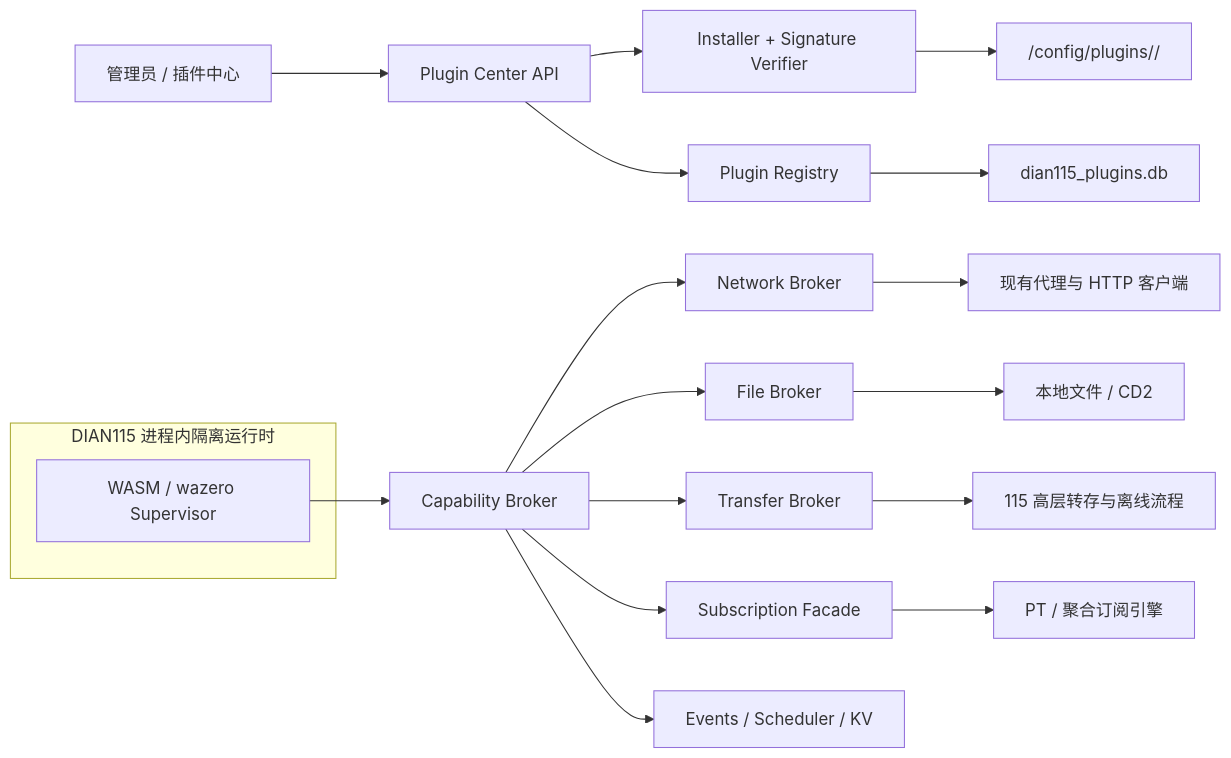
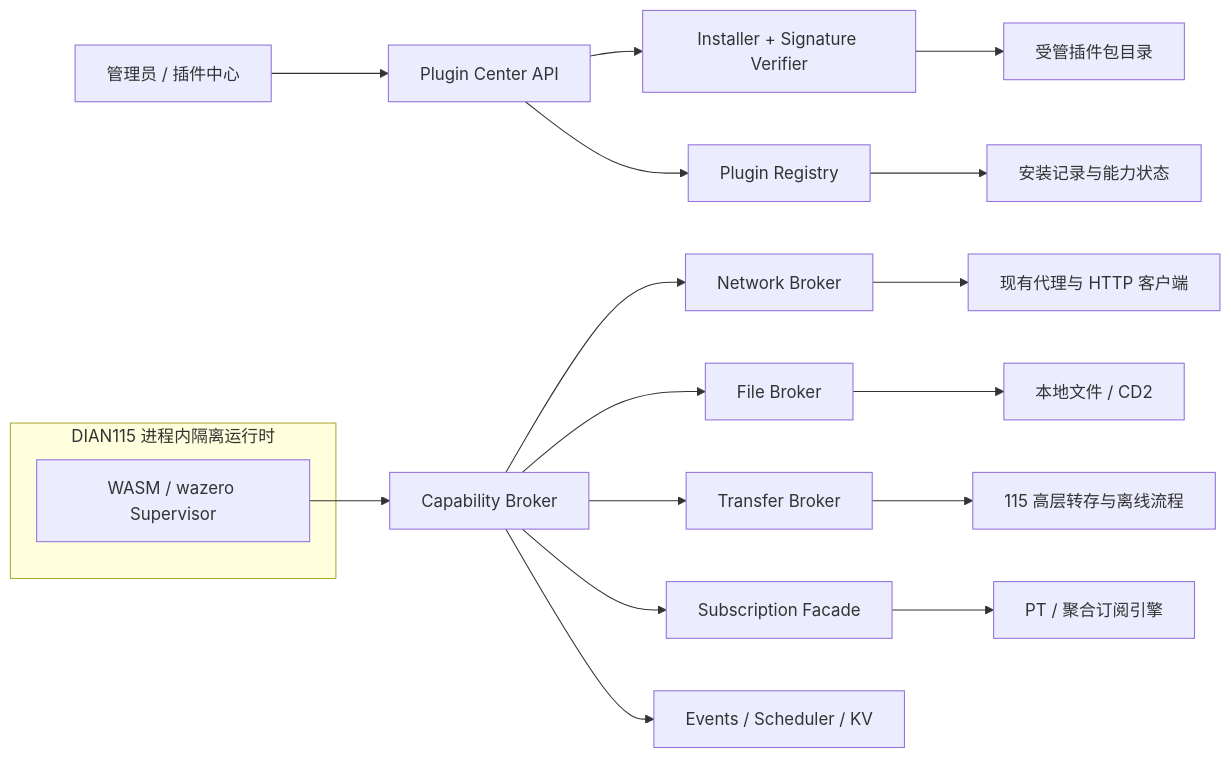
One commit to madbrolab/dian115 changed the diagram in docs/plugin-platform/README.md. Above: the diagram before and after it, drawn with Mermaid. The commit also changed other lines of this file and 1 other file, not shown here.

Commit message:
docs: keep plugin guide implementation-agnostic

````diff
--- a/docs/plugin-platform/README.md
+++ b/docs/plugin-platform/README.md
@@ -63,25 +63,25 @@
 ```mermaid
 flowchart LR
     U["管理员 / 插件中心"] --> PC["Plugin Center API"]
     PC --> I["Installer + Signature Verifier"]
     PC --> R["Plugin Registry"]
-    R --> DB["dian115_plugins.db"]
-    I --> PKG["/config/plugins/<plugin-id>/<version>"]
+    R --> DB["安装记录与能力状态"]
+    I --> PKG["受管插件包目录"]
 
     subgraph Runtime["DIAN115 进程内隔离运行时"]
       W["WASM / wazero Supervisor"]
     end
 
     W --> B["Capability Broker"]
 
     B --> N["Network Broker"]
     B --> F["File Broker"]
     B --> T["Transfer Broker"]
     B --> S["Subscription Facade"]
     B --> E["Events / Scheduler / KV"]
 
     N --> SYS["现有代理与 HTTP 客户端"]
     F --> FS["本地文件 / CD2"]
     T --> D115["115 高层转存与离线流程"]
     S --> SUB["PT / 聚合订阅引擎"]
 ```
````
